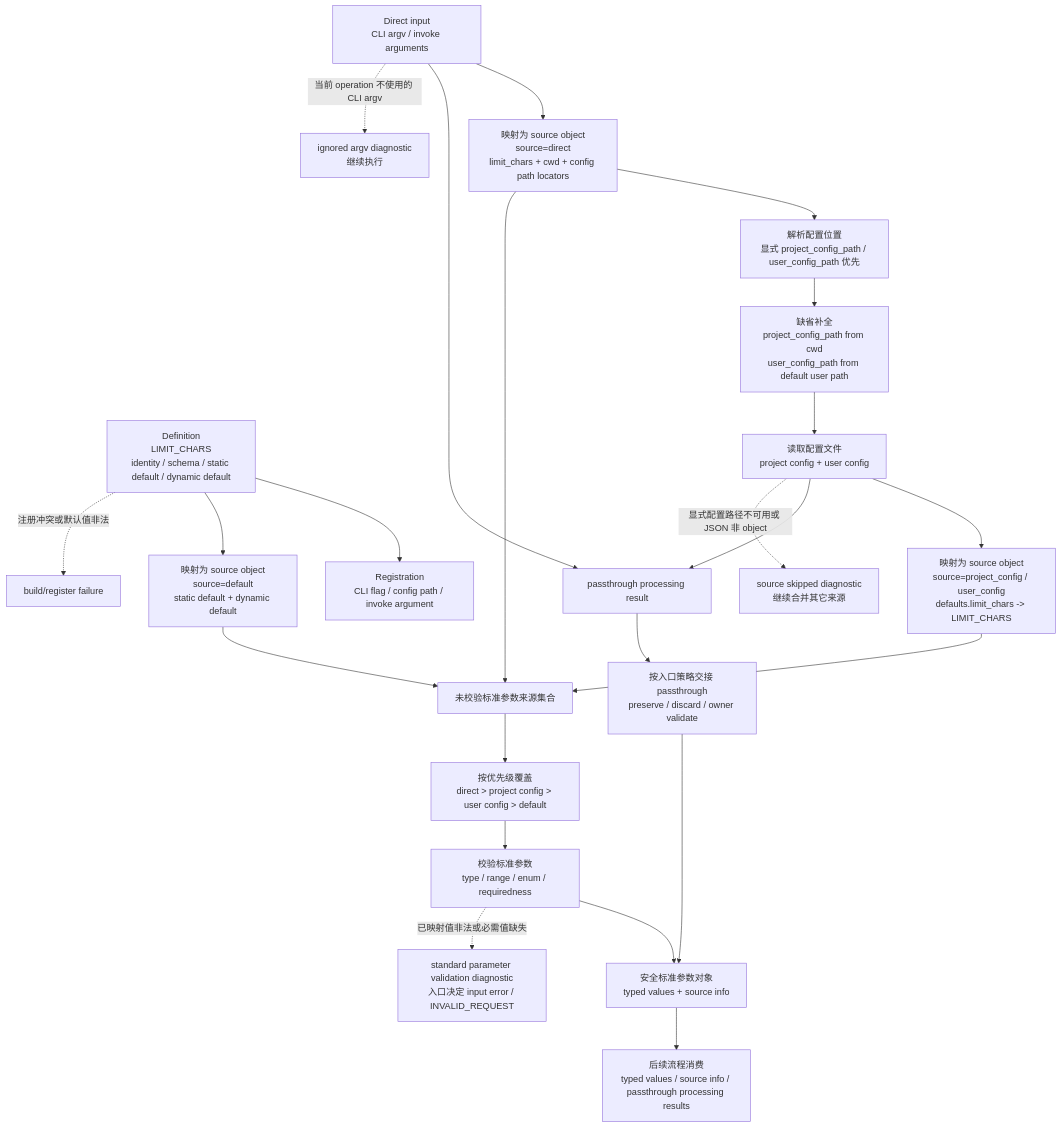
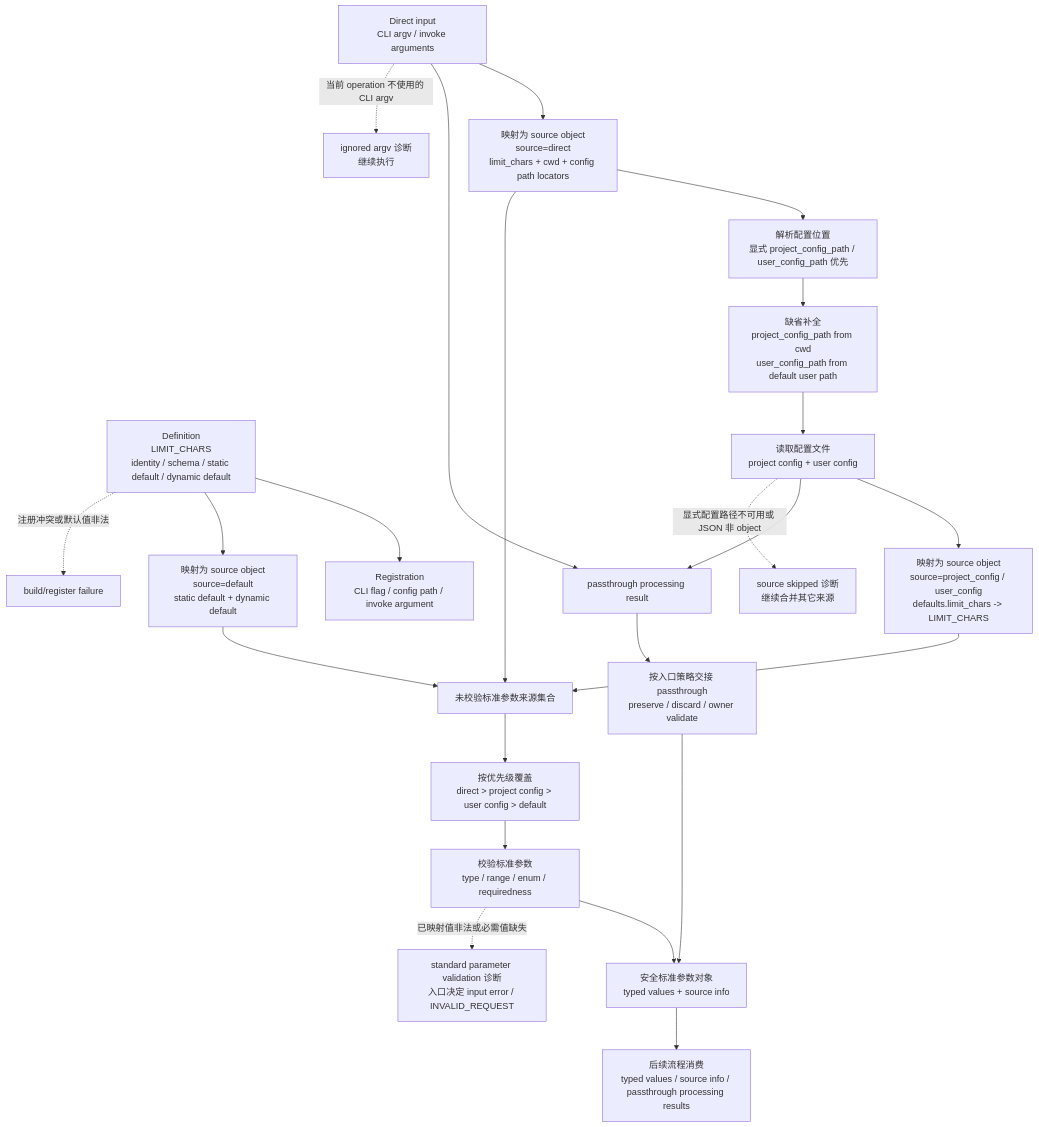
The diagram in docs/standard-parameters.md (zxyycom/docnav), drawn with Mermaid before and after one commit. The commit also changed other lines of this file and 30 other files, not shown here.

````diff
--- a/docs/standard-parameters.md
+++ b/docs/standard-parameters.md
@@ -32,31 +32,31 @@
 ```mermaid
 flowchart TD
   A["Definition<br/>LIMIT_CHARS<br/>identity / schema / static default / dynamic default"] --> B["Registration<br/>CLI flag / config path / invoke argument"]
 
   C["Direct input<br/>CLI argv / invoke arguments"] --> D["映射为 source object<br/>source=direct<br/>limit_chars + cwd + config path locators"]
   D --> E["解析配置位置<br/>显式 project_config_path / user_config_path 优先"]
   E --> F["缺省补全<br/>project_config_path from cwd<br/>user_config_path from default user path"]
   F --> G["读取配置文件<br/>project config + user config"]
   G --> H["映射为 source object<br/>source=project_config / user_config<br/>defaults.limit_chars -> LIMIT_CHARS"]
 
   A --> I["映射为 source object<br/>source=default<br/>static default + dynamic default"]
 
   D --> J["未校验标准参数来源集合"]
   H --> J
   I --> J
   J --> K["按优先级覆盖<br/>direct > project config > user config > default"]
   K --> L["校验标准参数<br/>type / range / enum / requiredness"]
   L --> M["安全标准参数对象<br/>typed values + source info"]
 
   C --> N["passthrough processing result"]
   G --> N
   N --> O["按入口策略交接 passthrough<br/>preserve / discard / owner validate"]
   O --> M
 
   M --> P["后续流程消费<br/>typed values / source info / passthrough processing results"]
 
   A -. "注册冲突或默认值非法" .-> X1["build/register failure"]
-  G -. "显式配置路径不可用或 JSON 非 object" .-> X2["source skipped diagnostic<br/>继续合并其它来源"]
-  C -. "当前 operation 不使用的 CLI argv" .-> X3["ignored argv diagnostic<br/>继续执行"]
-  L -. "已映射值非法或必需值缺失" .-> X4["standard parameter validation diagnostic<br/>入口决定 input error / INVALID_REQUEST"]
+  G -. "显式配置路径不可用或 JSON 非 object" .-> X2["source skipped 诊断<br/>继续合并其它来源"]
+  C -. "当前 operation 不使用的 CLI argv" .-> X3["ignored argv 诊断<br/>继续执行"]
+  L -. "已映射值非法或必需值缺失" .-> X4["standard parameter validation 诊断<br/>入口决定 input error / INVALID_REQUEST"]
 ```
````
